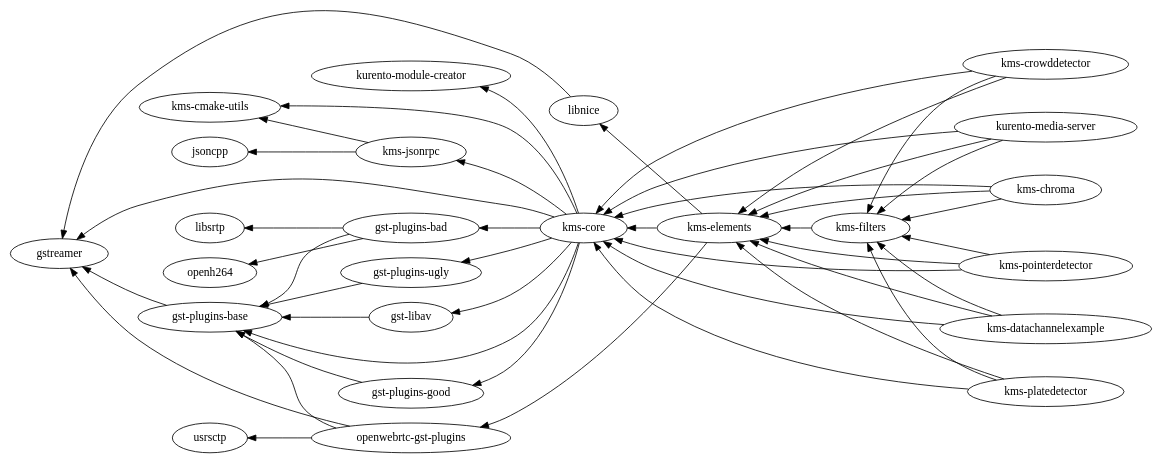
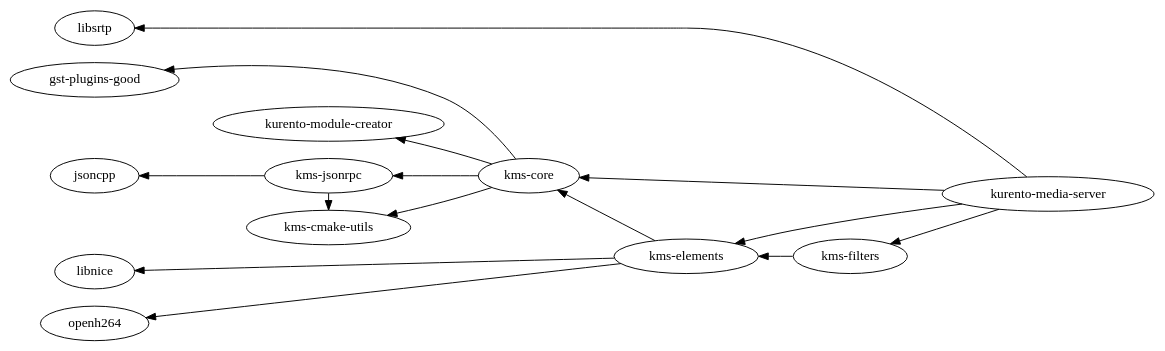
Before and after one commit to Kurento/kurento: the diagram in source/images/graphs/dependencies-all.dot, drawn with Graphviz. The commit also changed 8 other files, not shown here.

Commit message:
Update for 7.0.0: Drop forks; change from "gst1.5" to "gst1.0"

```diff
--- a/source/images/graphs/dependencies-all.dot
+++ b/source/images/graphs/dependencies-all.dot
@@ -1,38 +1,39 @@
 digraph dependencies_all {
   bgcolor = "transparent";
   fontname = "Bitstream Vera Sans";
   fontsize = 8;
   size = "12,8";
 
   rankdir = "RL";
 
-  // Kurento external libraries
-  "jsoncpp";
-  "libsrtp";
-  "openh264";
-  "usrsctp";
-  "gstreamer";
-  "gst-plugins-base" -> "gstreamer";
-  "gst-plugins-good" -> "gst-plugins-base";
-  "gst-plugins-bad" -> {"gst-plugins-base" "libsrtp" "openh264"};
-  "gst-plugins-ugly" -> "gst-plugins-base";
-  "gst-libav" -> "gst-plugins-base";
-  "openwebrtc-gst-plugins" -> {"gstreamer" "gst-plugins-base" "usrsctp"};
-  "libnice" -> "gstreamer";
+  // Forks and external libraries.
+  {
+    rank = "same";
+    "gst-plugins-good";
+    "jsoncpp";
+    "libnice";
+    "libsrtp";
+    "openh264";
+  }
 
-  // KMS main components
-  "kurento-module-creator";
-  "kms-cmake-utils";
+  // Main components.
+  {
+    rank = "same";
+    "kurento-module-creator";
+    "kms-cmake-utils";
+    "kms-jsonrpc";
+  }
   "kms-jsonrpc" -> {"jsoncpp" "kms-cmake-utils"};
-  "kms-core" -> {"gstreamer" "gst-plugins-base" "gst-plugins-good" "gst-plugins-bad" "gst-plugins-ugly" "gst-libav" "kurento-module-creator" "kms-cmake-utils" "kms-jsonrpc"};
-  "kms-elements" -> {"openwebrtc-gst-plugins" "libnice" "kms-core"};
+  "kms-core" -> {"gst-plugins-good" "kurento-module-creator" "kms-cmake-utils" "kms-jsonrpc"};
+  "kms-elements" -> {"libnice" "openh264" "kms-core"};
   "kms-filters" -> "kms-elements";
-  "kurento-media-server" -> {"kms-core" "kms-elements" "kms-filters"};
+  "kurento-media-server" -> {"libsrtp" "kms-core" "kms-elements" "kms-filters"};
 
-  // KMS extra modules
-  "kms-chroma" -> {"kms-core" "kms-elements" "kms-filters"};
-  "kms-crowddetector" -> {"kms-core" "kms-elements" "kms-filters"};
-  "kms-datachannelexample" -> {"kms-core" "kms-elements" "kms-filters"};
-  "kms-platedetector" -> {"kms-core" "kms-elements" "kms-filters"};
-  "kms-pointerdetector" -> {"kms-core" "kms-elements" "kms-filters"};
+  // Extra modules.
+  // Build disabled on Ubuntu >= 20.04 (due to breaking changes in OpenCV 4.0).
+  //"kms-chroma" -> {"kms-core" "kms-elements" "kms-filters"};
+  //"kms-crowddetector" -> {"kms-core" "kms-elements" "kms-filters"};
+  //"kms-datachannelexample" -> {"kms-core" "kms-elements" "kms-filters"};
+  //"kms-platedetector" -> {"kms-core" "kms-elements" "kms-filters"};
+  //"kms-pointerdetector" -> {"kms-core" "kms-elements" "kms-filters"};
 }
```
